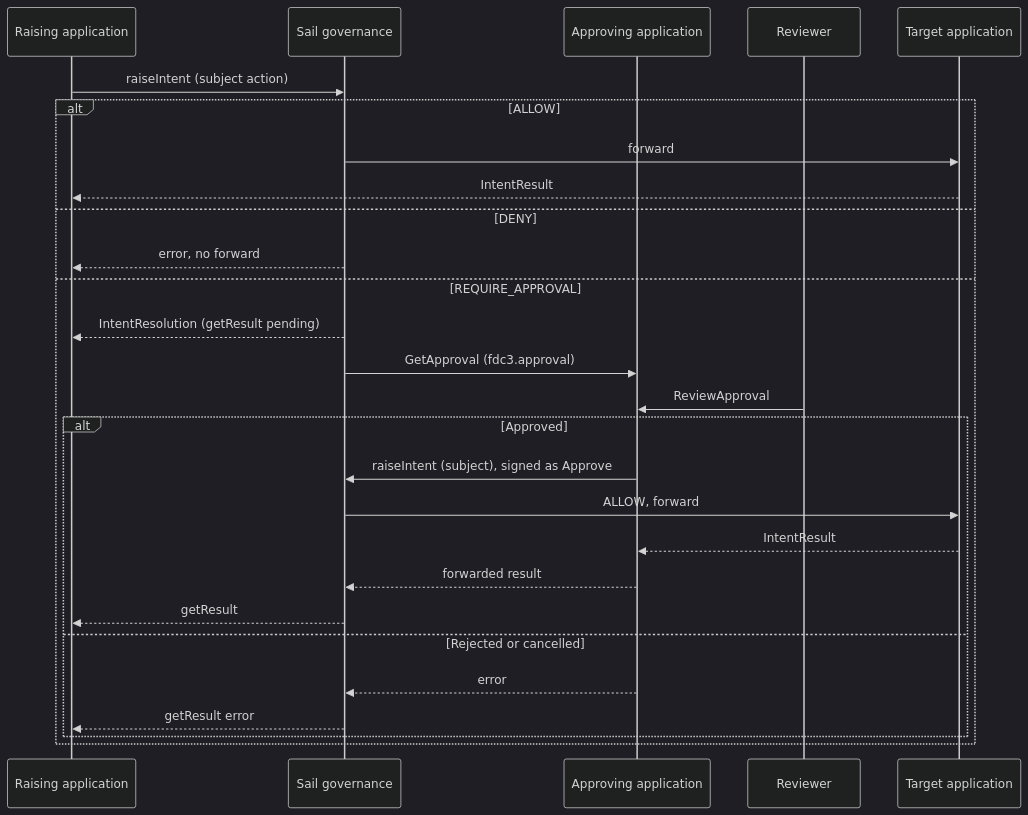
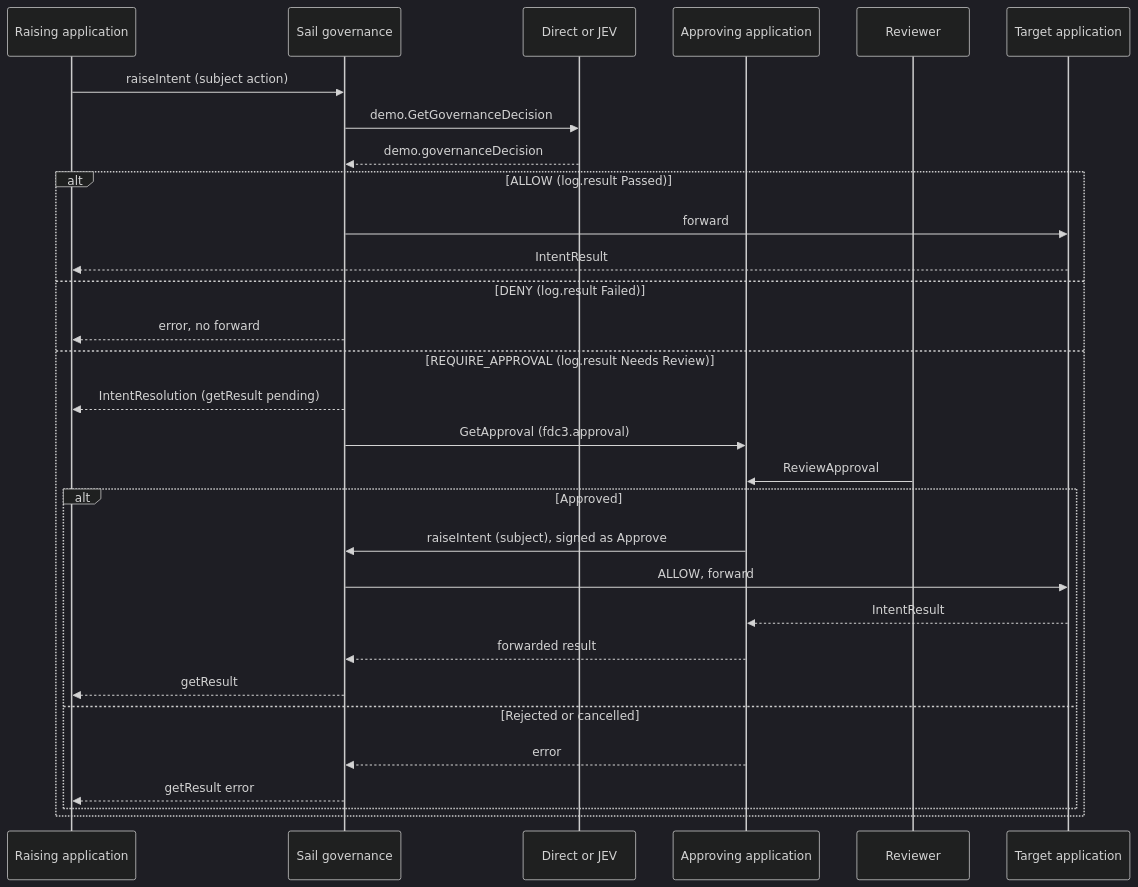
Before and after one commit to risk-first/ten-factor-governance: the diagram in examples/aipa/fdc3-extensions/fdc3.approval/sail-governance.md, drawn with Mermaid (dark theme). The commit also changed other lines of this file and 46 other files, not shown here.

Commit message:
Refactoring to split approval process and evaluation process out of governance. Added jev evaluations.

````diff
--- a/examples/aipa/fdc3-extensions/fdc3.approval/sail-governance.md
+++ b/examples/aipa/fdc3-extensions/fdc3.approval/sail-governance.md
@@ -33,29 +34,32 @@
 ```mermaid
 sequenceDiagram
   participant Raise as Raising application
   participant Sail as Sail governance
+  participant Pdp as Direct or JEV
   participant Approve as Approving application
   participant Review as Reviewer
   participant Target as Target application
   Raise->>Sail: raiseIntent (subject action)
-  alt ALLOW
+  Sail->>Pdp: demo.GetGovernanceDecision
+  Pdp-->>Sail: demo.governanceDecision
+  alt ALLOW (log.result Passed)
     Sail->>Target: forward
     Target-->>Raise: IntentResult
-  else DENY
+  else DENY (log.result Failed)
     Sail-->>Raise: error, no forward
-  else REQUIRE_APPROVAL
+  else REQUIRE_APPROVAL (log.result Needs Review)
     Sail-->>Raise: IntentResolution (getResult pending)
     Sail->>Approve: GetApproval (fdc3.approval)
     Review->>Approve: ReviewApproval
     alt Approved
       Approve->>Sail: raiseIntent (subject), signed as Approve
       Sail->>Target: ALLOW, forward
       Target-->>Approve: IntentResult
       Approve-->>Sail: forwarded result
       Sail-->>Raise: getResult
     else Rejected or cancelled
       Approve-->>Sail: error
       Sail-->>Raise: getResult error
     end
   end
 ```
````
